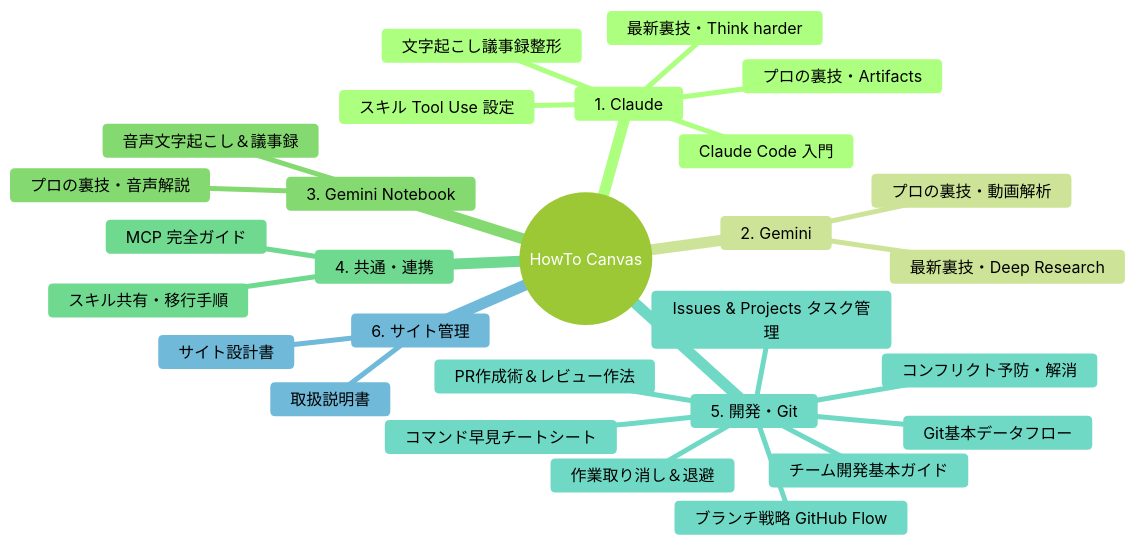
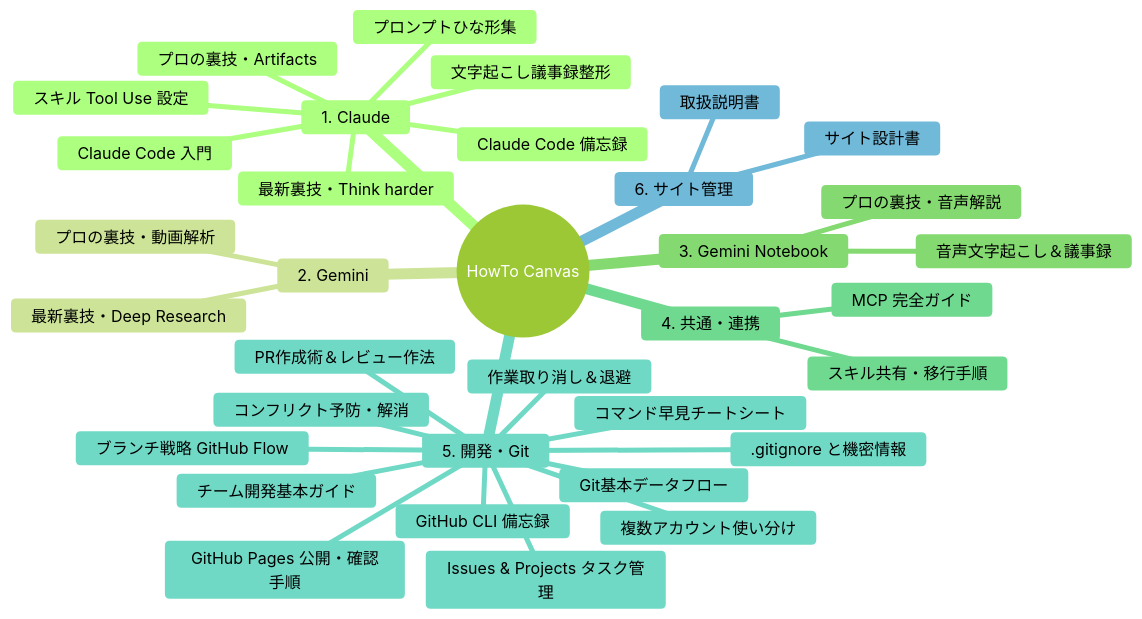
Before and after one commit to nakamotohiroshi-biz-team/howto-canvas: the second of 2 diagrams in src/content/docs/meta/design-spec.md, drawn with Mermaid (forest theme). The commit also changed 7 other files, not shown here.

````diff
--- a/src/content/docs/meta/design-spec.md
+++ b/src/content/docs/meta/design-spec.md
@@ -115,31 +115,37 @@
 ```mermaid
 mindmap
   root((HowTo Canvas))
     1. Claude
       最新裏技・Think harder
       Claude Code 入門
       スキル Tool Use 設定
       文字起こし議事録整形
       プロの裏技・Artifacts
+      Claude Code 備忘録
+      プロンプトひな形集
     2. Gemini
       最新裏技・Deep Research
       プロの裏技・動画解析
     3. Gemini Notebook
       音声文字起こし＆議事録
       プロの裏技・音声解説
     4. 共通・連携
       スキル共有・移行手順
       MCP 完全ガイド
     5. 開発・Git
       Git基本データフロー
       チーム開発基本ガイド
       コマンド早見チートシート
       コンフリクト予防・解消
       作業取り消し＆退避
       ブランチ戦略 GitHub Flow
       Issues & Projects タスク管理
       PR作成術＆レビュー作法
+      GitHub CLI 備忘録
+      GitHub Pages 公開・確認手順
+      .gitignore と機密情報
+      複数アカウント使い分け
     6. サイト管理
       取扱説明書
       サイト設計書
 ```
````
